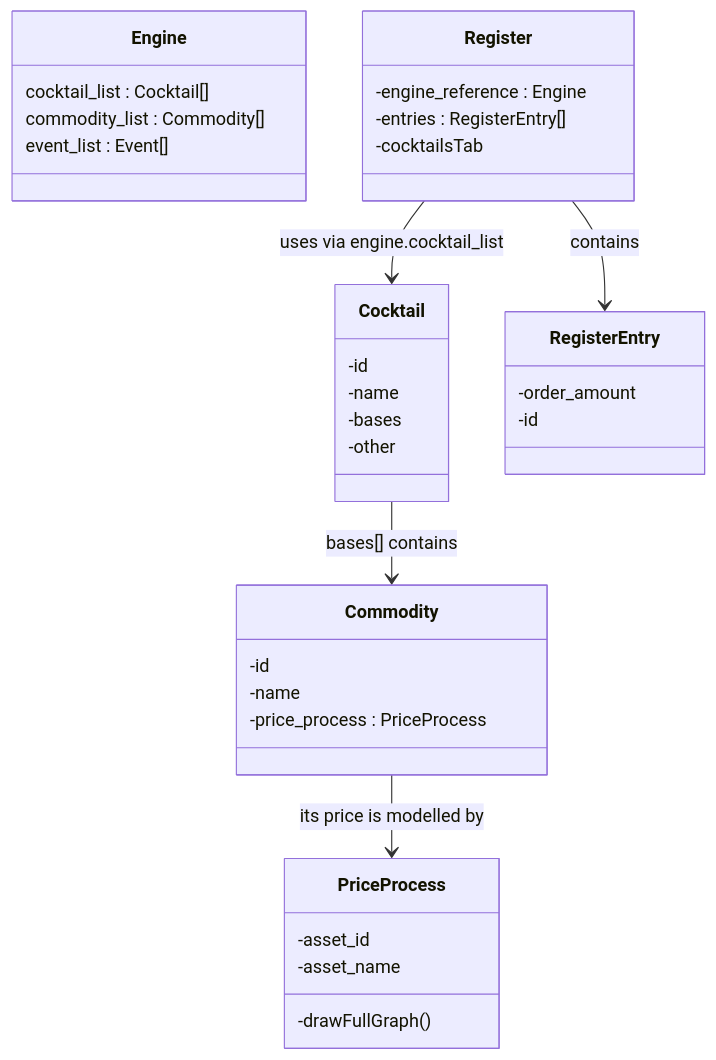
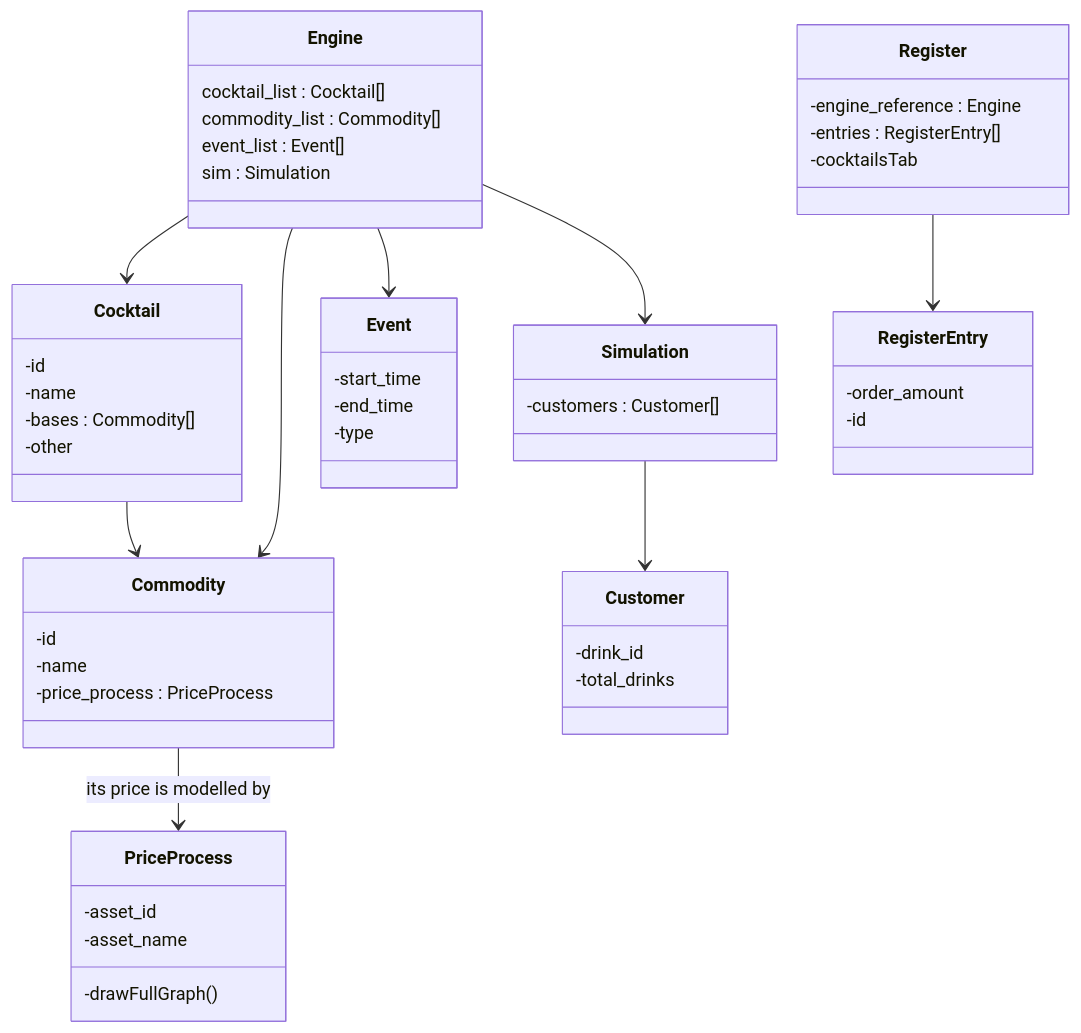
One commit to SamueleVianello/Cocktail_price_simulation changed the diagram in README.md. Above: the diagram before and after it, drawn with Mermaid.

````diff
--- a/README.md
+++ b/README.md
@@ -12,39 +12,57 @@
 ```mermaid
 classDiagram
     class Engine {
         cocktail_list : Cocktail[]
         commodity_list : Commodity[]
         event_list : Event[]
+        sim : Simulation
     }
     class Cocktail {
         -id
         -name
-        -bases
+        -bases : Commodity[]
         -other
     }
     class Commodity {
         -id
         -name
         -price_process : PriceProcess
     }
+    class Event {
+        -start_time
+        -end_time
+        -type
+    }
+
     class PriceProcess {
         -asset_id
         -asset_name
         -drawFullGraph()
     }
     class Register {
         -engine_reference : Engine
         -entries : RegisterEntry[]
         -cocktailsTab
     }
     class RegisterEntry {
         -order_amount
         -id
     }
+    class Simulation{
+        -customers : Customer[]
+    }
+    class Customer{
+        -drink_id
+        -total_drinks
+    }
     
-    Cocktail --> Commodity : bases[] contains
+    Cocktail --> Commodity
     Commodity --> PriceProcess : its price is modelled by
-    Register --> RegisterEntry : contains
-    Register --> Cocktail : uses via engine.cocktail_list
+    Register --> RegisterEntry
+    Engine --> Cocktail
+    Engine --> Commodity
+    Engine --> Event
+    Engine --> Simulation
+    Simulation --> Customer
     
 ``` 
````
